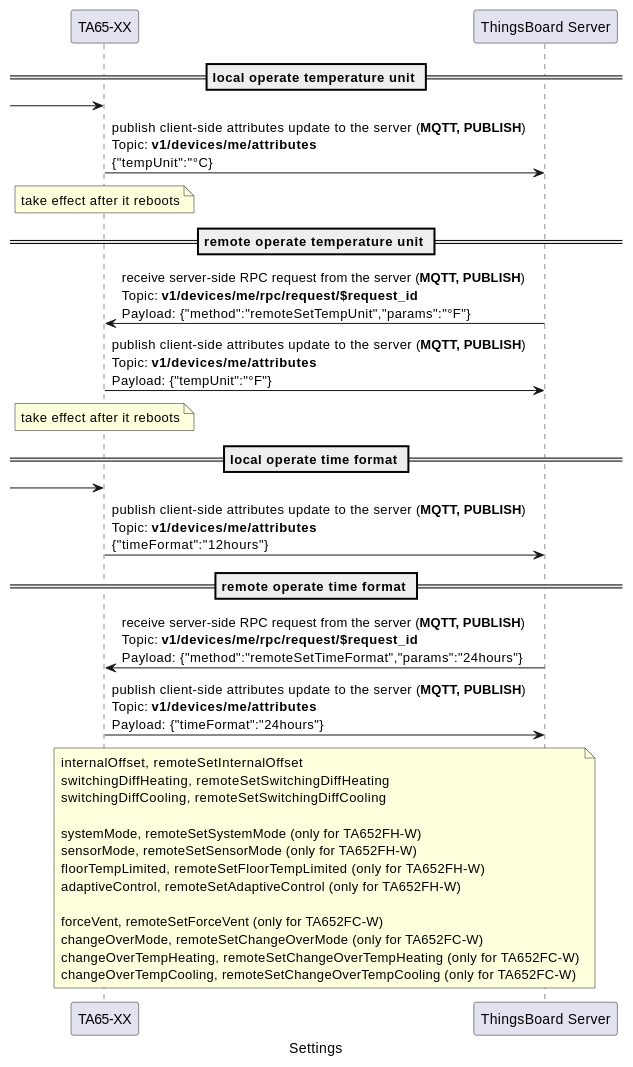
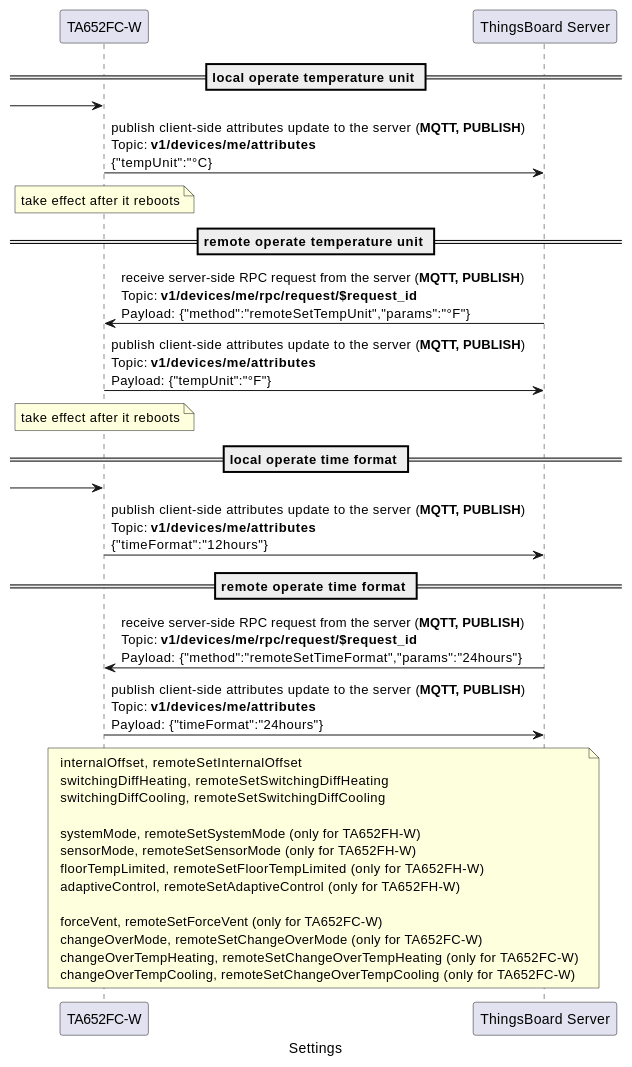
The ninth of 16 diagrams in docs/device/ta652fc-w/ta652fc-w-mqtt-api.rst (avantec-iot/avantec-thingsboard), drawn with PlantUML before and after one commit. The commit also changed other lines of this file and 13 other files, not shown here.

```diff
--- a/docs/device/ta652fc-w/ta652fc-w-mqtt-api.rst
+++ b/docs/device/ta652fc-w/ta652fc-w-mqtt-api.rst
@@ -467,46 +468,46 @@
   .. uml::
 
     caption  Settings
 
-    participant "TA65-XX" as TBDev order 10
+    participant "TA652FC-W" as TBDev order 10
     participant "ThingsBoard Server"  as TBSrv order 20 
 
     == local operate temperature unit ==
     [-> TBDev 
     TBDev  ->  TBSrv: publish client-side attributes update to the server (**MQTT, PUBLISH**) \nTopic: **v1/devices/me/attributes** \n{"tempUnit":"°C}
 
     note over TBDev
     take effect after it reboots
     end note
 
     == remote operate temperature unit ==
     TBDev  <-  TBSrv: receive server-side RPC request from the server (**MQTT, PUBLISH**) \nTopic: **v1/devices/me/rpc/request/$request_id** \nPayload: {"method":"remoteSetTempUnit","params":"°F"}
     TBDev  ->  TBSrv: publish client-side attributes update to the server (**MQTT, PUBLISH**) \nTopic: **v1/devices/me/attributes** \nPayload: {"tempUnit":"°F"}
 
     note over TBDev
     take effect after it reboots
     end note
 
     == local operate time format ==
     [-> TBDev 
     TBDev  ->  TBSrv: publish client-side attributes update to the server (**MQTT, PUBLISH**) \nTopic: **v1/devices/me/attributes** \n{"timeFormat":"12hours"}
 
     == remote operate time format ==
     TBDev  <-  TBSrv: receive server-side RPC request from the server (**MQTT, PUBLISH**) \nTopic: **v1/devices/me/rpc/request/$request_id** \nPayload: {"method":"remoteSetTimeFormat","params":"24hours"}
     TBDev  ->  TBSrv: publish client-side attributes update to the server (**MQTT, PUBLISH**) \nTopic: **v1/devices/me/attributes** \nPayload: {"timeFormat":"24hours"}
 
     note over TBDev, TBSrv
     internalOffset, remoteSetInternalOffset
     switchingDiffHeating, remoteSetSwitchingDiffHeating
     switchingDiffCooling, remoteSetSwitchingDiffCooling
 
     systemMode, remoteSetSystemMode (only for TA652FH-W)
     sensorMode, remoteSetSensorMode (only for TA652FH-W)
     floorTempLimited, remoteSetFloorTempLimited (only for TA652FH-W)
     adaptiveControl, remoteSetAdaptiveControl (only for TA652FH-W)
 
     forceVent, remoteSetForceVent (only for TA652FC-W)
     changeOverMode, remoteSetChangeOverMode (only for TA652FC-W)
     changeOverTempHeating, remoteSetChangeOverTempHeating (only for TA652FC-W)
     changeOverTempCooling, remoteSetChangeOverTempCooling (only for TA652FC-W)
     end note
```
